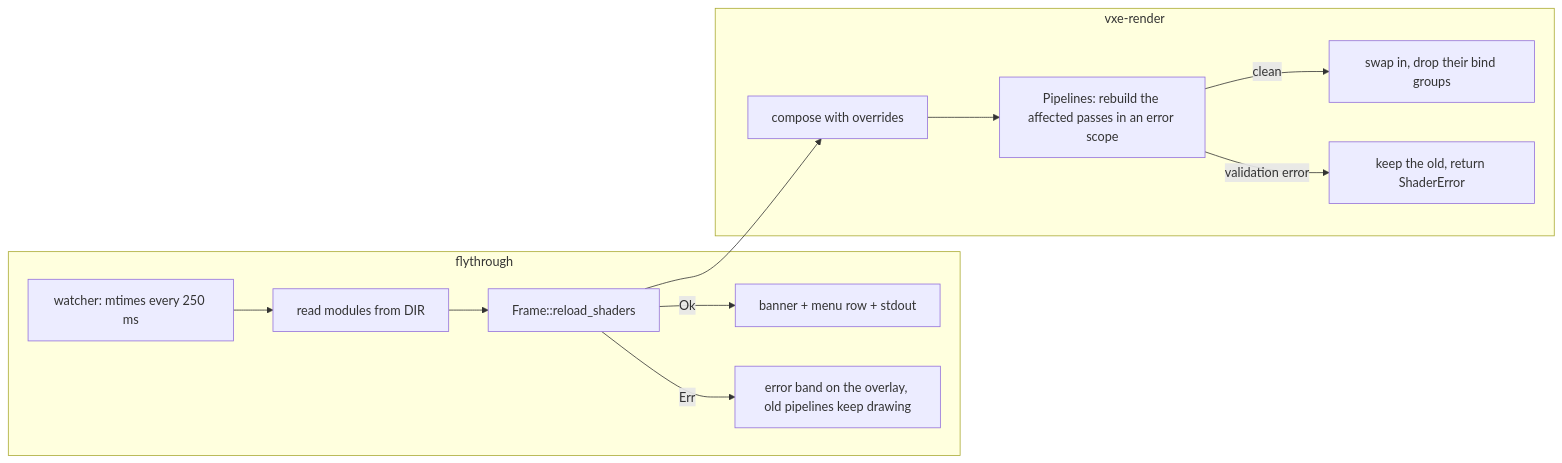
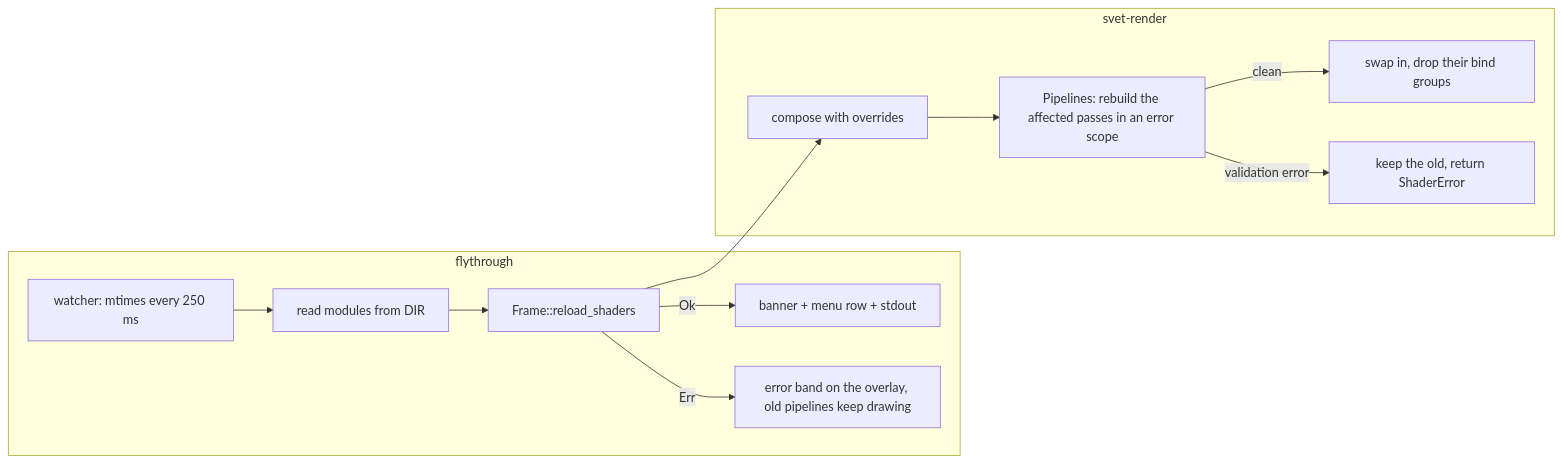
Before and after one commit to IgorKonovalov/voxel-engine: the diagram in docs/plans/0092-wgsl-hot-reload-in-the-fly-through-an-mtime-poll-pipelines-rebuilt-and-the-old-ones-kept-on-an-error.md, drawn with Mermaid. The commit also changed other lines of this file and 53 other files, not shown here.

````diff
--- a/docs/plans/0092-wgsl-hot-reload-in-the-fly-through-an-mtime-poll-pipelines-rebuilt-and-the-old-ones-kept-on-an-error.md
+++ b/docs/plans/0092-wgsl-hot-reload-in-the-fly-through-an-mtime-poll-pipelines-rebuilt-and-the-old-ones-kept-on-an-error.md
@@ -73,15 +73,15 @@
 ```mermaid
 flowchart LR
     subgraph app[flythrough]
         W[watcher: mtimes every 250 ms] --> R[read modules from DIR]
         R --> C[Frame::reload_shaders]
         C -->|Ok| B[banner + menu row + stdout]
         C -->|Err| E[error band on the overlay, old pipelines keep drawing]
     end
-    subgraph render[vxe-render]
+    subgraph render[svet-render]
         C --> O[compose with overrides]
         O --> P[Pipelines: rebuild the affected passes in an error scope]
         P -->|clean| S[swap in, drop their bind groups]
         P -->|validation error| K[keep the old, return ShaderError]
     end
 ```
````
